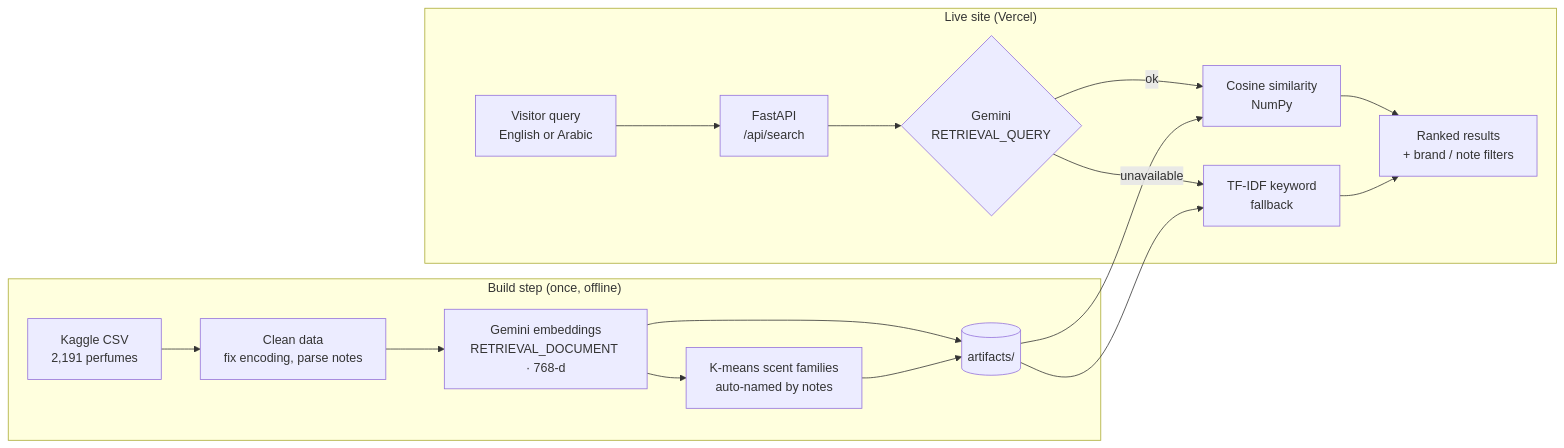
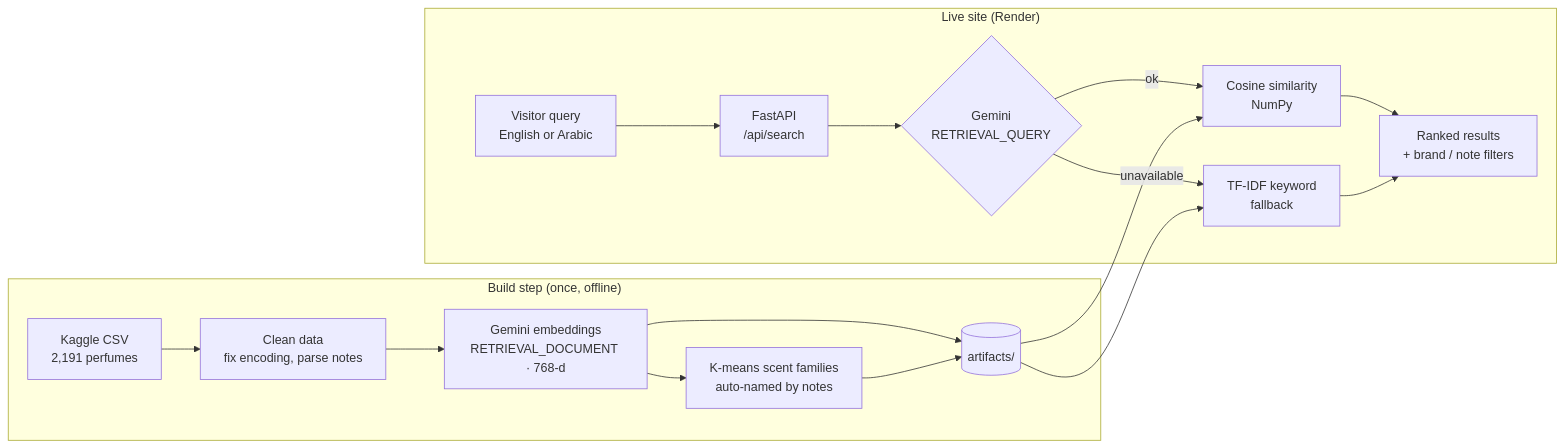
Before and after one commit to anaskasasbeh/perfume-semantic-search: the diagram in README.md, drawn with Mermaid. The commit also changed other lines of this file and 5 other files, not shown here.

````diff
--- a/README.md
+++ b/README.md
@@ -19,20 +19,20 @@
 ```mermaid
 flowchart LR
   subgraph Build["Build step (once, offline)"]
     A["Kaggle CSV<br/>2,191 perfumes"] --> B["Clean data<br/>fix encoding, parse notes"]
     B --> C["Gemini embeddings<br/>RETRIEVAL_DOCUMENT · 768-d"]
     C --> D["K-means scent families<br/>auto-named by notes"]
     C --> E[("artifacts/")]
     D --> E
   end
-  subgraph Live["Live site (Vercel)"]
+  subgraph Live["Live site (Render)"]
     U["Visitor query<br/>English or Arabic"] --> F["FastAPI<br/>/api/search"]
     F --> G{"Gemini<br/>RETRIEVAL_QUERY"}
     G -- ok --> H["Cosine similarity<br/>NumPy"]
     G -- unavailable --> K["TF-IDF keyword<br/>fallback"]
     E --> H
     E --> K
     H --> R["Ranked results<br/>+ brand / note filters"]
     K --> R
   end
 ```
````
